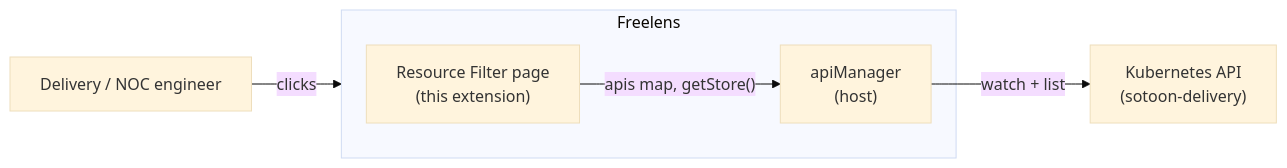
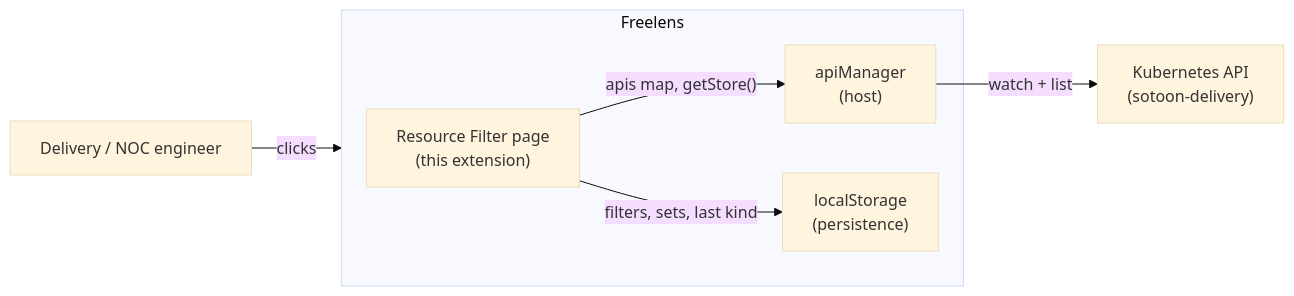
Before and after one commit to mojish/freelens-resource-filter-extension: the diagram in docs/ARCHITECTURE.md, drawn with Mermaid (base theme). The commit also changed other lines of this file and 9 other files, not shown here.

````diff
--- a/docs/ARCHITECTURE.md
+++ b/docs/ARCHITECTURE.md
@@ -17,10 +19,12 @@
 ```mermaid
 flowchart LR
     Eng["Delivery / NOC engineer"] -->|clicks| Freelens["Freelens app"]
     subgraph Freelens
         Page["Resource Filter page<br/>(this extension)"]
         AM["apiManager<br/>(host)"]
+        LS["localStorage<br/>(persistence)"]
     end
     Page -->|"apis map, getStore()"| AM
+    Page -->|"filters, sets, last kind"| LS
     AM -->|"watch + list"| K8s["Kubernetes API<br/>(sotoon-delivery)"]
 ```
````
